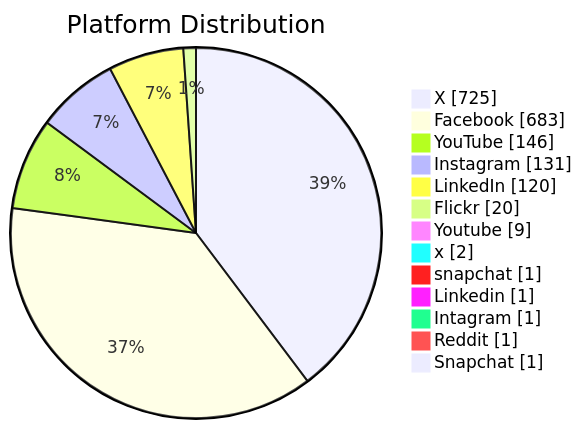
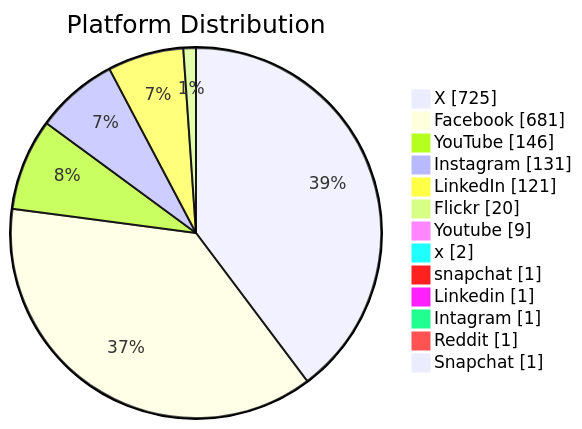
One commit to PatLittle/GC-Socials changed the second of 6 diagrams in README.md. Above: the diagram before and after it, drawn with Mermaid. The commit also changed other lines of this file, not shown here.

Commit message:
Update README with Platform Distribution pie chart

````diff
--- a/README.md
+++ b/README.md
@@ -46,16 +46,16 @@
 ```mermaid
 pie showData title Platform Distribution
     "X": 725
-    "Facebook": 683
+    "Facebook": 681
     "YouTube": 146
     "Instagram": 131
-    "LinkedIn": 120
+    "LinkedIn": 121
     "Flickr": 20
     "Youtube": 9
     "x": 2
     "snapchat": 1
     "Linkedin": 1
     "Intagram": 1
     "Reddit": 1
     "Snapchat": 1
 ```
````
